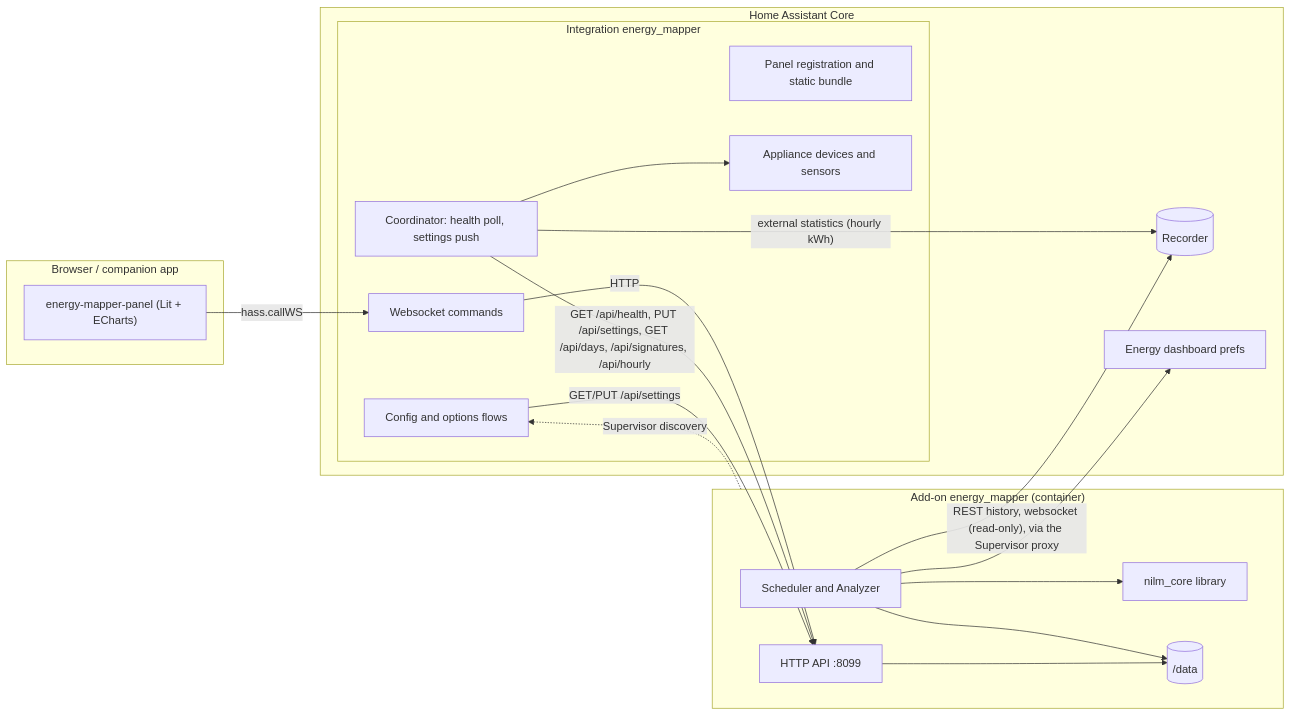
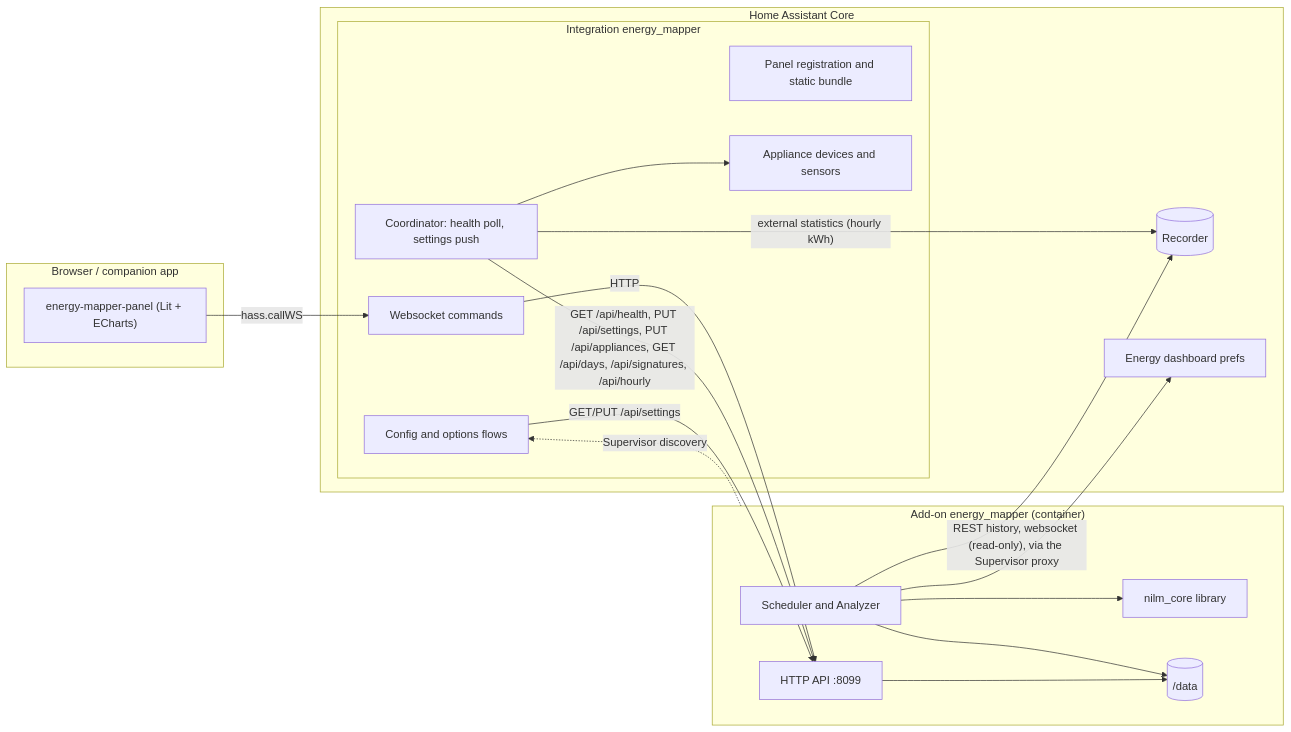
Before and after one commit to Aarklendoia/ha-energy-mapper: the first of 5 diagrams in docs/design.md, drawn with Mermaid. The commit also changed other lines of this file and 31 other files, not shown here.

````diff
--- a/docs/design.md
+++ b/docs/design.md
@@ -47,35 +47,35 @@
 ```mermaid
 flowchart LR
   subgraph HA["Home Assistant Core"]
     REC[(Recorder)]
     EN[Energy dashboard prefs]
     subgraph INT["Integration energy_mapper"]
       CF[Config and options flows]
       CO[Coordinator: health poll, settings push]
       WS[Websocket commands]
       PS[Panel registration and static bundle]
       SE[Appliance devices and sensors]
     end
   end
   subgraph FE["Browser / companion app"]
     P["energy-mapper-panel (Lit + ECharts)"]
   end
   subgraph AO["Add-on energy_mapper (container)"]
     API[HTTP API :8099]
     SV[Scheduler and Analyzer]
     NC[nilm_core library]
     ST[(/data)]
   end
   P -- "hass.callWS" --> WS
   WS -- HTTP --> API
-  CO -- "GET /api/health, PUT /api/settings, GET /api/days, /api/signatures, /api/hourly" --> API
+  CO -- "GET /api/health, PUT /api/settings, PUT /api/appliances, GET /api/days, /api/signatures, /api/hourly" --> API
   CO -- "external statistics (hourly kWh)" --> REC
   CO --> SE
   CF -- "GET/PUT /api/settings" --> API
   SV -- "REST history, websocket (read-only), via the Supervisor proxy" --> REC
   SV --> EN
   SV --> NC
   SV --> ST
   API --> ST
   AO -. "Supervisor discovery" .-> CF
 ```
````
